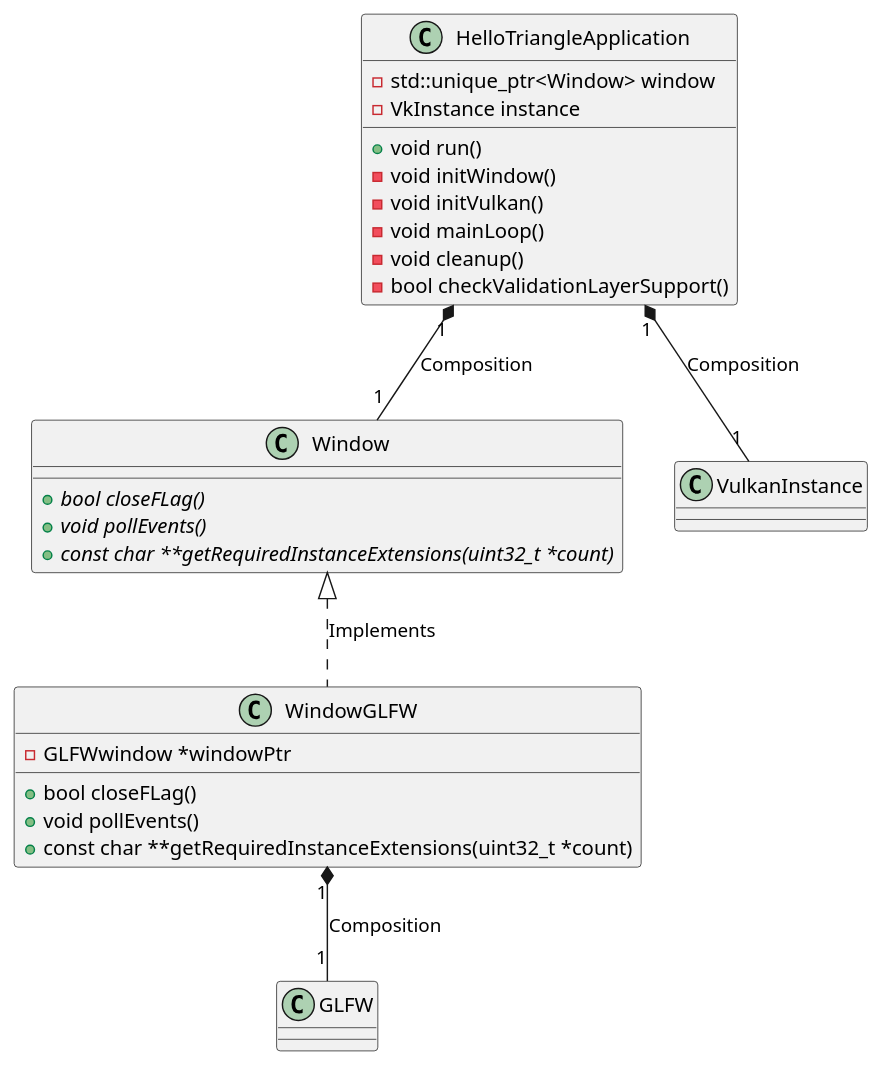
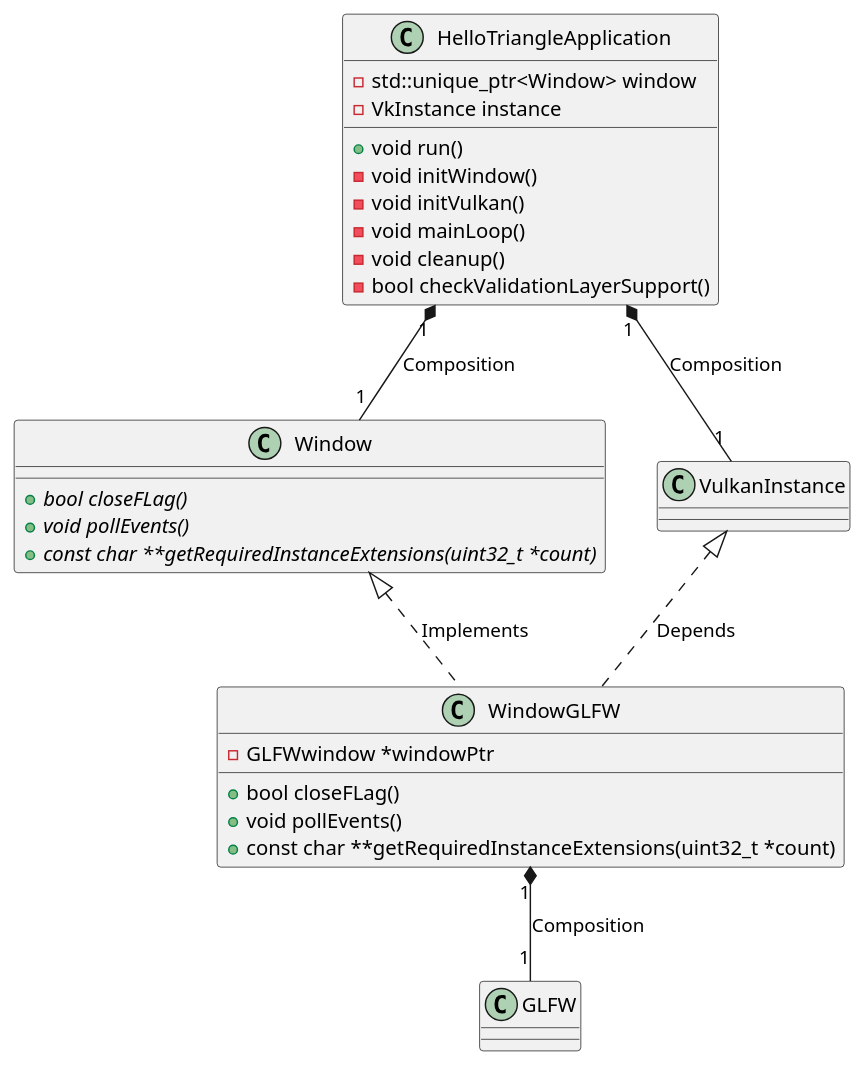
The diagram in Docs/top.puml (Loosemond/GaphBlip), drawn with PlantUML before and after one commit. The commit also changed 5 other files, not shown here.

```diff
--- a/Docs/top.puml
+++ b/Docs/top.puml
@@ -1,33 +1,34 @@
 @startuml
 
 Window <|.. WindowGLFW : Implements
+VulkanInstance <|.. WindowGLFW : Depends
 HelloTriangleApplication "1" *-- "1" Window : Composition
 WindowGLFW "1" *-- "1" GLFW : Composition
 HelloTriangleApplication "1" *-- "1" VulkanInstance : Composition
 
 
 class HelloTriangleApplication {
     +void run()
     -void initWindow()
     -void initVulkan()
     -void mainLoop()
     -void cleanup()
     -bool checkValidationLayerSupport()
     -std::unique_ptr<Window> window
     -VkInstance instance
 }
 
 class Window {
  +{abstract} bool closeFLag()
  +{abstract} void pollEvents()
  +{abstract} const char **getRequiredInstanceExtensions(uint32_t *count)
 }
 
 class WindowGLFW {
  +bool closeFLag()
  +void pollEvents()
  +const char **getRequiredInstanceExtensions(uint32_t *count)
  -GLFWwindow *windowPtr
 }
 
 @enduml
```
